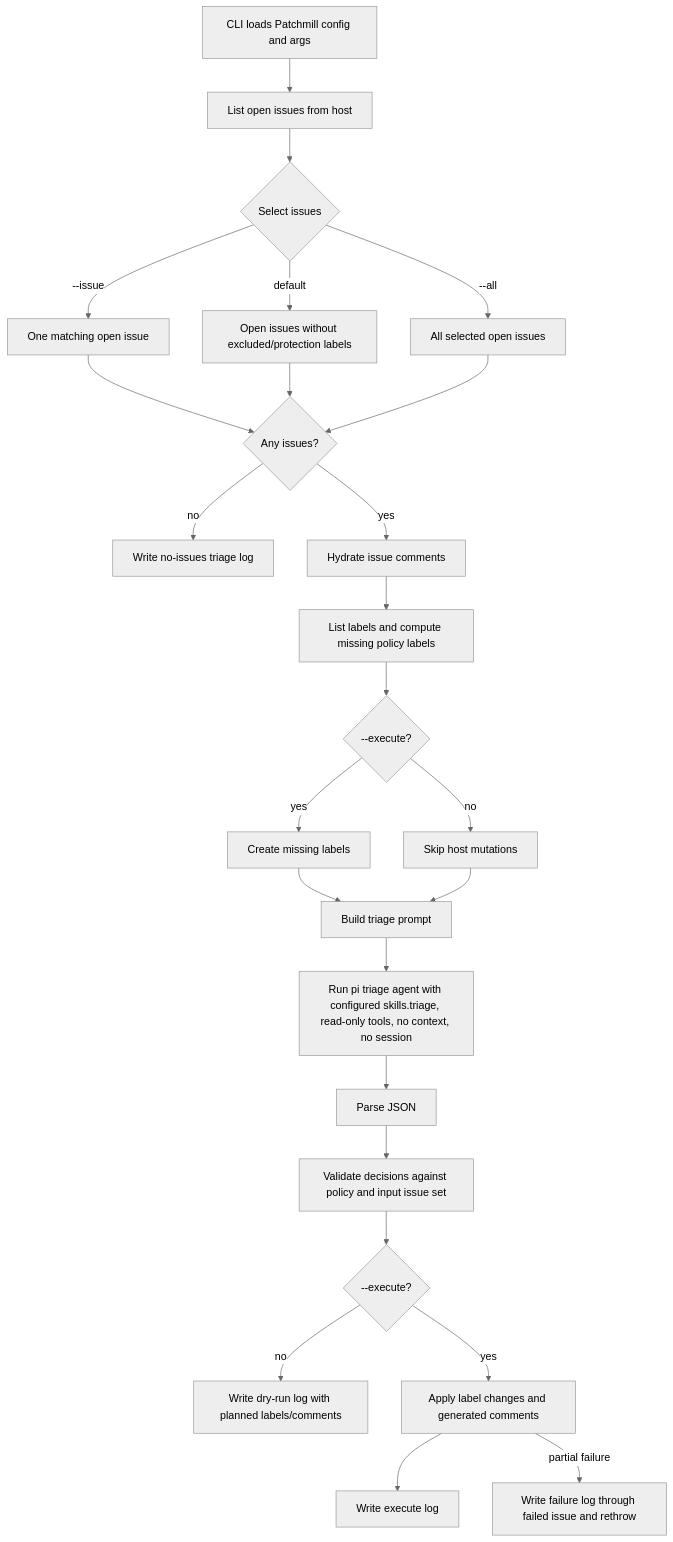
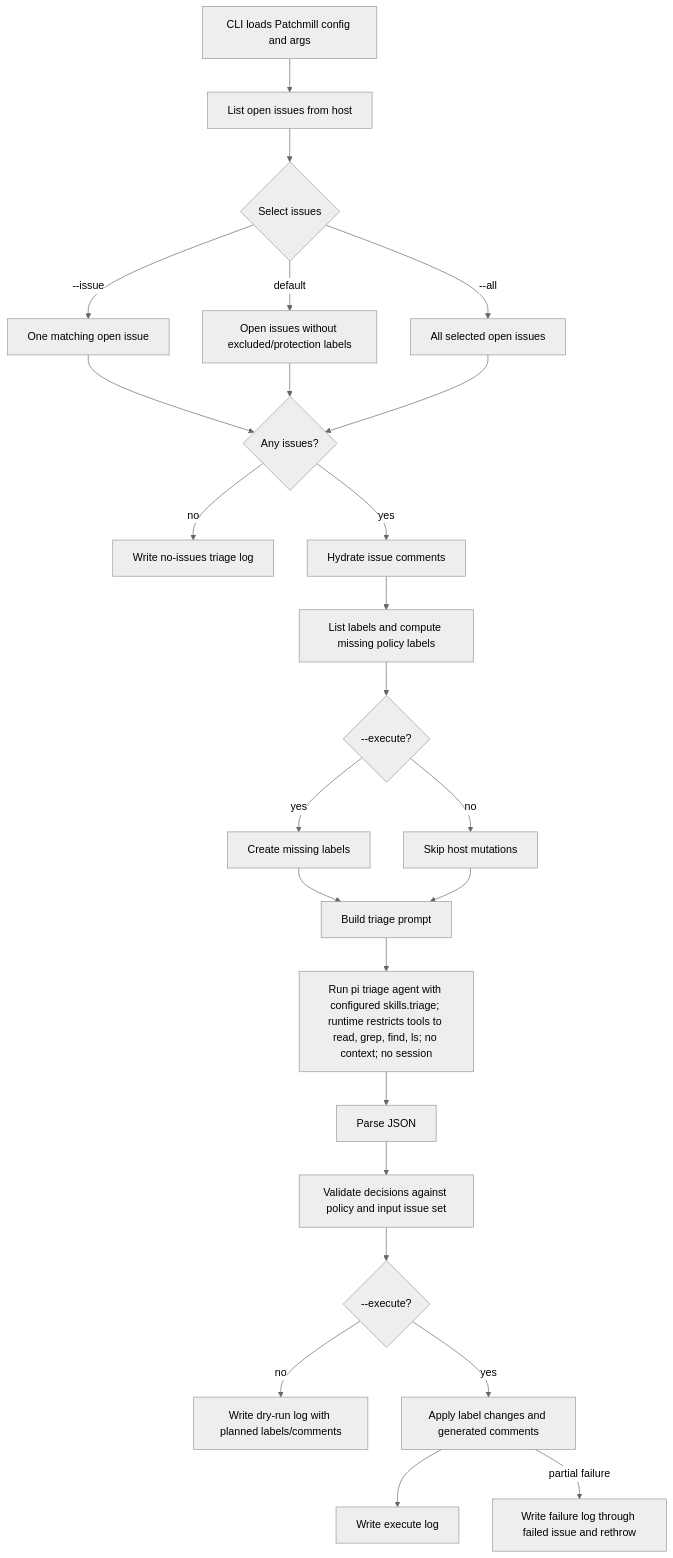
Before and after one commit to rochecompaan/patchmill: the first of 2 diagrams in docs/issue-agent-workflows.md, drawn with Mermaid (neutral theme). The commit also changed other lines of this file and 2 other files, not shown here.

Commit message:
docs: align skills workflow wording

````diff
--- a/docs/issue-agent-workflows.md
+++ b/docs/issue-agent-workflows.md
@@ -25,27 +25,27 @@
 ```mermaid
 flowchart TD
   A[CLI loads Patchmill config and args] --> B[List open issues from host]
   B --> C{Select issues}
   C -->|--issue| C1[One matching open issue]
   C -->|default| C2[Open issues without excluded/protection labels]
   C -->|--all| C3[All selected open issues]
   C1 --> D{Any issues?}
   C2 --> D
   C3 --> D
   D -->|no| Z[Write no-issues triage log]
   D -->|yes| E[Hydrate issue comments]
   E --> F[List labels and compute missing policy labels]
   F --> G{--execute?}
   G -->|yes| H[Create missing labels]
   G -->|no| I[Skip host mutations]
   H --> J[Build triage prompt]
   I --> J
-  J --> K[Run pi triage agent with configured skills.triage, read-only tools, no context, no session]
+  J --> K[Run pi triage agent with configured skills.triage; runtime restricts tools to read, grep, find, ls; no context; no session]
   K --> L[Parse JSON]
   L --> M[Validate decisions against policy and input issue set]
   M --> N{--execute?}
   N -->|no| O[Write dry-run log with planned labels/comments]
   N -->|yes| P[Apply label changes and generated comments]
   P --> Q[Write execute log]
   P -->|partial failure| R[Write failure log through failed issue and rethrow]
 ```
````
